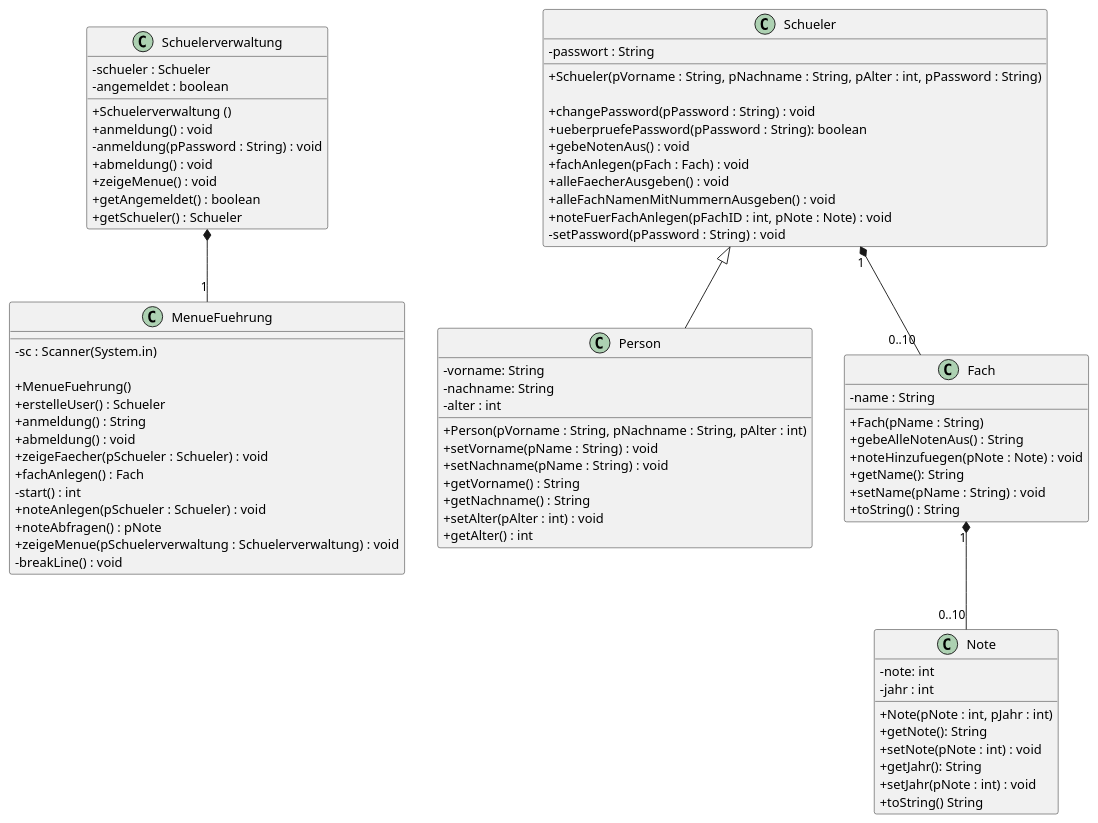
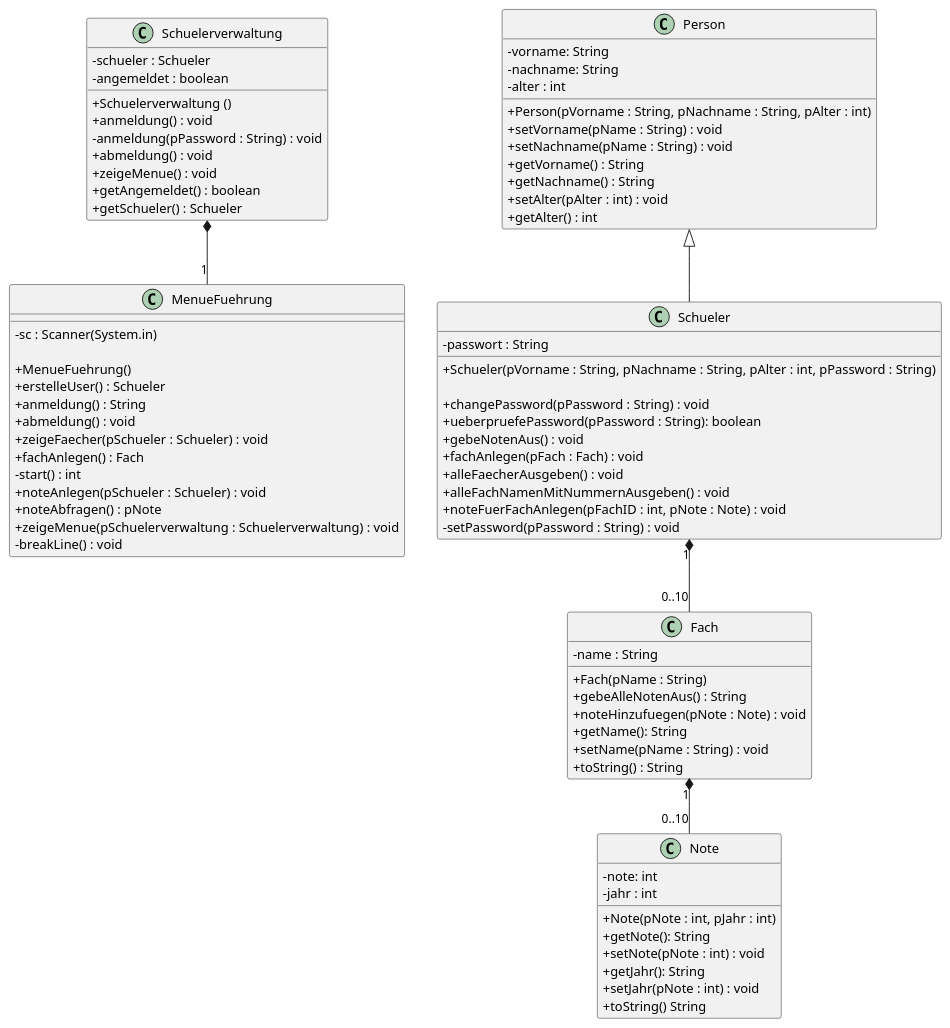
One commit to teach404W/agileProjekt_2_Java changed the diagram in Docs/Diagramme/Klassendiagramm.iuml. Above: the diagram before and after it, drawn with PlantUML.

Commit message:
update class diagram extends

```diff
--- a/Docs/Diagramme/Klassendiagramm.iuml
+++ b/Docs/Diagramme/Klassendiagramm.iuml
@@ -1,94 +1,94 @@
 @startuml
 skinparam classAttributeIconSize 0
 
 class Schuelerverwaltung{
  -schueler : Schueler
  -angemeldet : boolean
  + Schuelerverwaltung ()
  + anmeldung() : void
  - anmeldung(pPassword : String) : void
  + abmeldung() : void
  + zeigeMenue() : void
  + getAngemeldet() : boolean
  + getSchueler() : Schueler
 }
 
 
 
 class MenueFuehrung{
  - sc : Scanner(System.in)
 
  +MenueFuehrung()
  +erstelleUser() : Schueler
  + anmeldung() : String
  + abmeldung() : void
  + zeigeFaecher(pSchueler : Schueler) : void
  + fachAnlegen() : Fach
  - start() : int
  + noteAnlegen(pSchueler : Schueler) : void
  + noteAbfragen() : pNote
  + zeigeMenue(pSchuelerverwaltung : Schuelerverwaltung) : void
  - breakLine() : void
  }
 
 class Person{
  -vorname: String
  -nachname: String
  -alter : int
  + Person(pVorname : String, pNachname : String, pAlter : int)
  +setVorname(pName : String) : void
  +setNachname(pName : String) : void
  +getVorname() : String
  +getNachname() : String
  +setAlter(pAlter : int) : void
  +getAlter() : int
 }
 
 
 
 class Fach{
  -name : String
  +Fach(pName : String)
  +gebeAlleNotenAus() : String
  +noteHinzufuegen(pNote : Note) : void
  +getName(): String
  +setName(pName : String) : void
  +toString() : String
 }
 
 class Note{
  -note: int
  -jahr : int
  +Note(pNote : int, pJahr : int)
  +getNote(): String
  +setNote(pNote : int) : void
  +getJahr(): String
  +setJahr(pNote : int) : void
  +toString() String
 }
 
 
 
 
 class Schueler{
   -passwort : String
 
   +Schueler(pVorname : String, pNachname : String, pAlter : int, pPassword : String)
   
   +changePassword(pPassword : String) : void
   +ueberpruefePassword(pPassword : String): boolean
   +gebeNotenAus() : void
   + fachAnlegen(pFach : Fach) : void
   +alleFaecherAusgeben() : void
   +alleFachNamenMitNummernAusgeben() : void
   +noteFuerFachAnlegen(pFachID : int, pNote : Note) : void
   -setPassword(pPassword : String) : void
 }
 
 
 Fach "1" *-- "0..10" Note
 Schuelerverwaltung  *-- "1" MenueFuehrung
 Schueler "1" *-- "0..10" Fach
-Schueler <|-- Person
+Person <|-- Schueler
 
 @enduml
```
